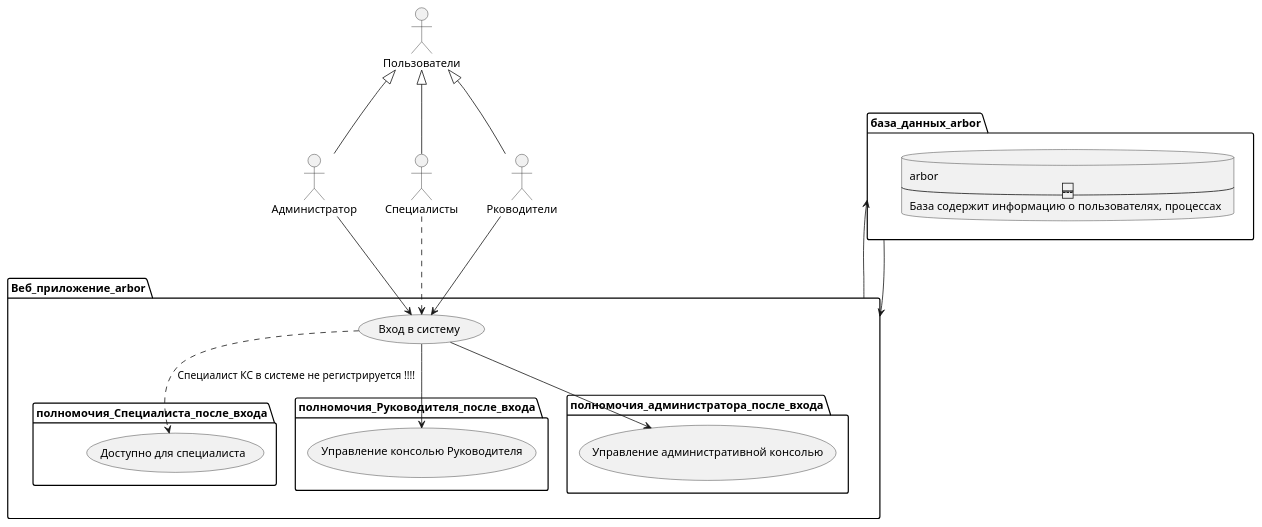
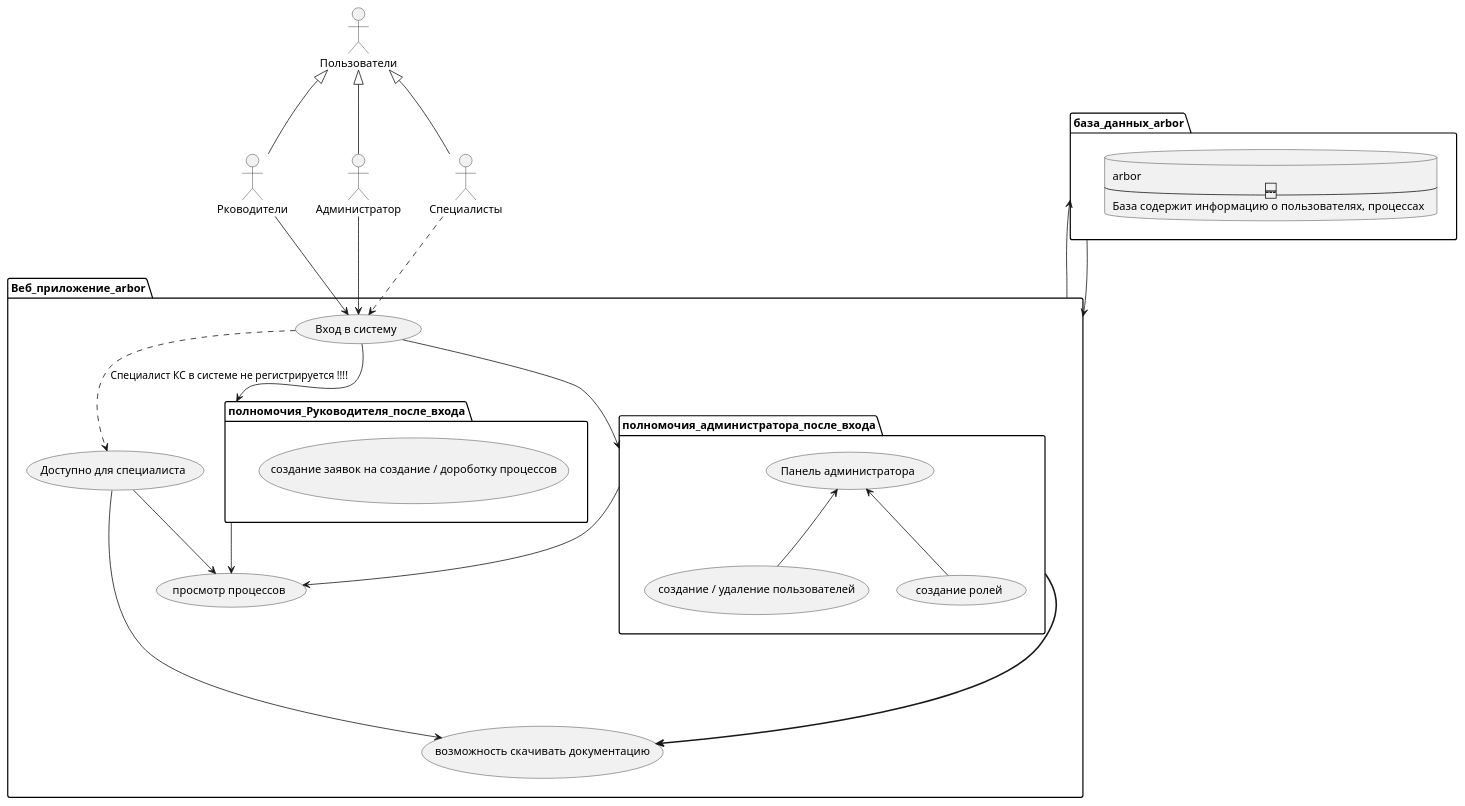
Before and after one commit to potterv/arbor: the diagram in arbor.puml, drawn with PlantUML.

Commit message:
edit uml shema 05.09.2018

```diff
--- a/arbor.puml
+++ b/arbor.puml
@@ -1,46 +1,55 @@
 @startuml
 
 :Администратор:as A
 :Специалисты:as SKS
 :Рководители: as RKS
 
 
 A -up-|> Пользователи
 SKS -up-|> Пользователи
 RKS-up-|> Пользователи
 
 
 package Веб_приложение_arbor{
 :Вход в систему:as (login)
 
 
 A --> login
 RKS --> login
 SKS ..> login
 
-folder полномочия_Специалиста_после_входа{
+
 
 login ..> (Доступно для специалиста): Специалист КС в системе не регистрируется !!!!
+(Доступно для специалиста)-->(просмотр процессов)
+(Доступно для специалиста)-->(возможность скачивать документацию)
 
+
+package полномочия_Руководителя_после_входа{
+login--> полномочия_Руководителя_после_входа
+(создание заявок на создание / дороботку процессов)
+полномочия_Руководителя_после_входа-->(просмотр процессов)
 }
-folder полномочия_Руководителя_после_входа{
-login--> (Управление консолью Руководителя)
-}
-folder полномочия_администратора_после_входа{
-login--> (Управление административной консолью)
+package полномочия_администратора_после_входа{
+login--> полномочия_администратора_после_входа
+(создание / удаление пользователей)-up->(Панель администратора)
+(создание ролей)-up->(Панель администратора)
+полномочия_администратора_после_входа-->(просмотр процессов)
+полномочия_администратора_после_входа-==->(возможность скачивать документацию)
+
 }
 
 
 
 
 }
 package база_данных_arbor{
    database arbor as "arbor
   -------------------
   База содержит информацию о пользователях, процессах
   "
 }
 Веб_приложение_arbor-up->база_данных_arbor
 база_данных_arbor-down->Веб_приложение_arbor
 
 @enduml
```
